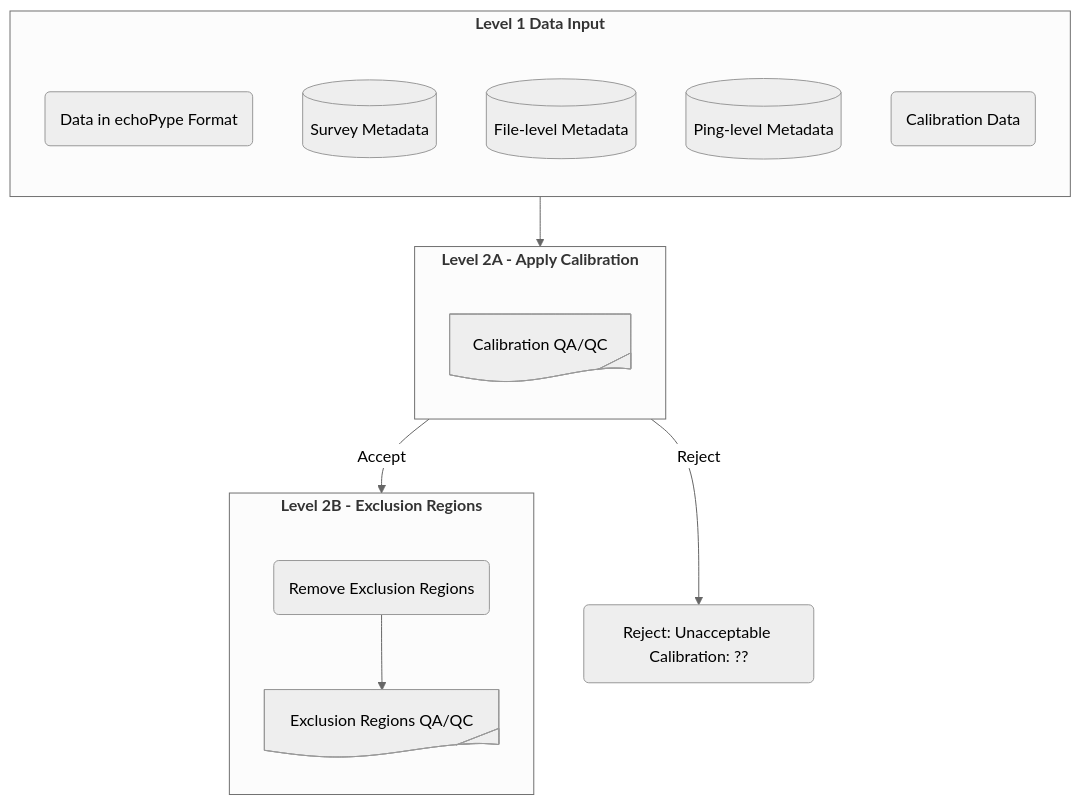
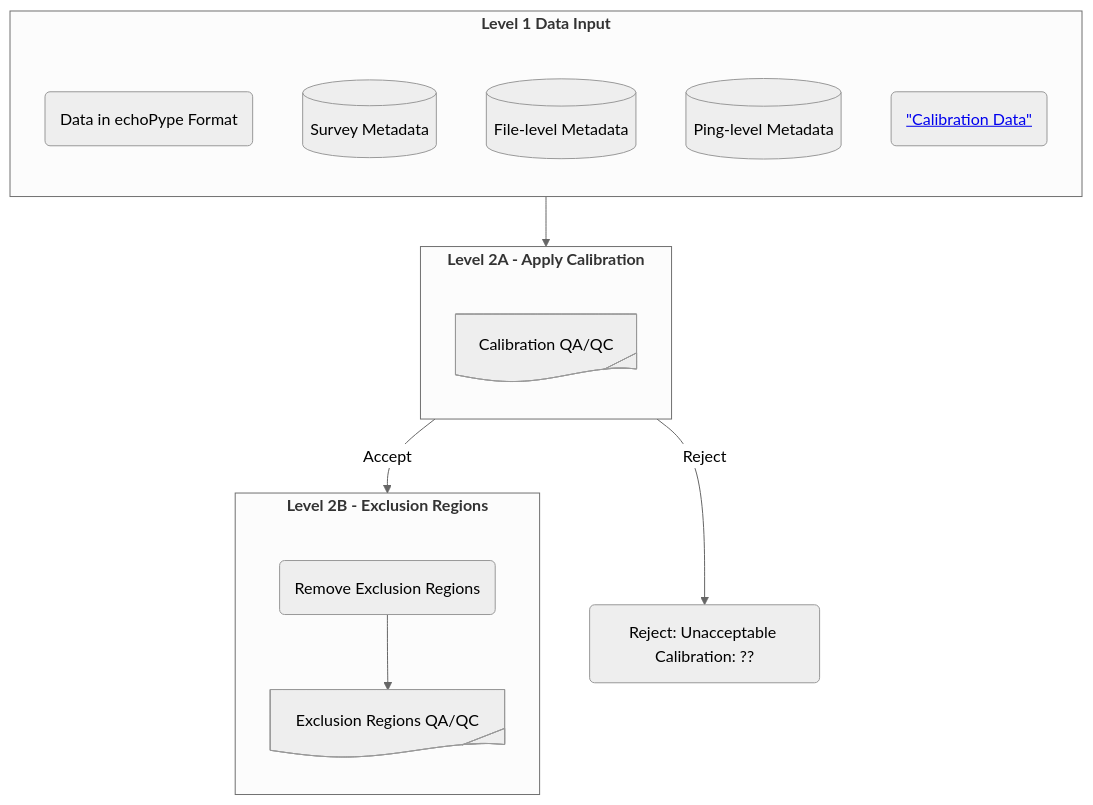
Before and after one commit to nmfs-ost/AA-SI_DataRoadMap: the fourth of 5 diagrams in README.md, drawn with Mermaid (neutral theme).

Commit message:
Update Calibration Data link in README

````diff
--- a/README.md
+++ b/README.md
@@ -218,30 +218,30 @@
 ```mermaid
 ---
 config:
     flowchart:
         subGraphTitleMargin:
             "bottom": 30
 ---
 flowchart TB
     subgraph SG_L2_InputData["<b>Level 1 Data Input</b>"]
         direction TB
         node_L2_RD@{ shape: rounded, label: "Data in echoPype Format" }
         node_L2_SMD@{ shape: database, label: "Survey Metadata" }
         node_L2_FMD@{ shape: database, label: "File-level Metadata" }
         node_L2_PMD@{ shape: database, label: "Ping-level Metadata" }
-        node_L2_Cal@{ shape: rounded, label: "Calibration Data" }
+        node_L2_Cal@{ shape: rounded, label: <a href="https://github.com/BLayman-NOAA/AA-SI_calibration/blob/main/standardized_file/examples/current_drafts/2023-07-20__200000__config-2.yaml"> "Calibration Data" </a> }
     end
     subgraph SG_L2A_Cal["<b>Level 2A - Apply Calibration</b>"]
         direction TB
         node_L2A_Cal@{ shape: tag-doc, label: "Calibration QA/QC" }
     end
     subgraph SG_L2B_Exclusion["<b>Level 2B - Exclusion Regions</b>"]
         direction TB
         node_L2B_Exclusion@{ shape: rounded, label: "Remove Exclusion Regions" } --> node_L2B_ExOK@{ shape: tag-doc, label: "Exclusion Regions QA/QC" }
     end
 
 SG_L2_InputData --> SG_L2A_Cal
 SG_L2A_Cal --> |Accept| SG_L2B_Exclusion
 SG_L2A_Cal --> |Reject| node_Reject_L2A@{ shape: rounded, label: "Reject: Unacceptable Calibration: ??" }
 
 ```
````
